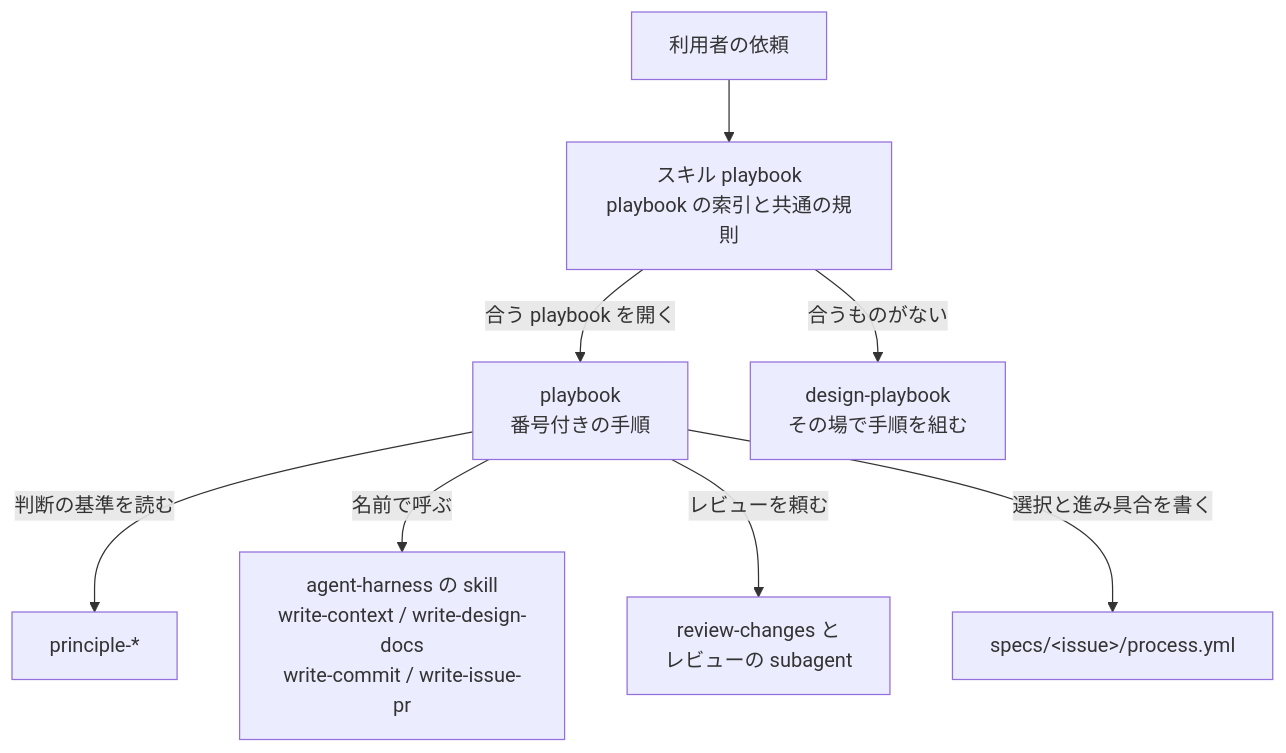
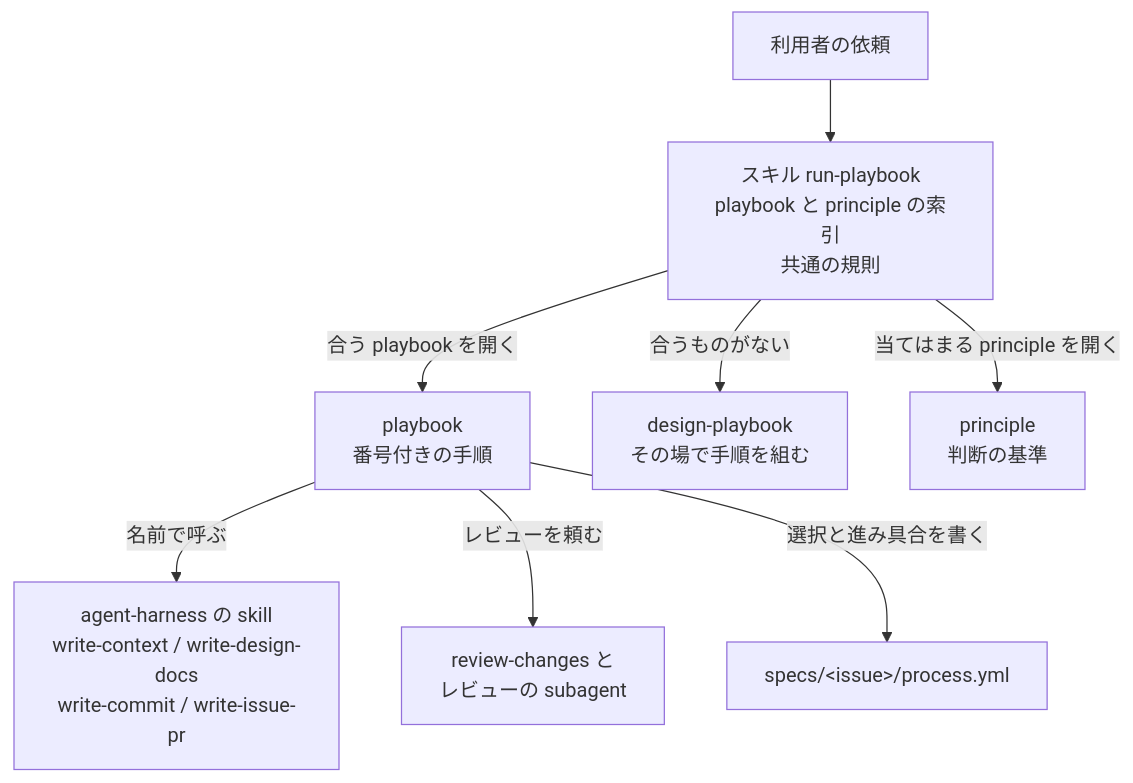
The diagram in design/DesignDoc.md (Fukuemon/agent-playbooks), drawn with Mermaid before and after one commit. The commit also changed other lines of this file and 3 other files, not shown here.

Commit message:
docs: run-playbook の構成に合わせて文書を直し、ADR-0002 を足す

````diff
--- a/design/DesignDoc.md
+++ b/design/DesignDoc.md
@@ -50,10 +50,10 @@
 ```mermaid
 flowchart TB
-    user["利用者の依頼"] --> entry["スキル playbook<br>playbook の索引と共通の規則"]
+    user["利用者の依頼"] --> entry["スキル run-playbook<br>playbook と principle の索引<br>共通の規則"]
     entry -- "合う playbook を開く" --> pb["playbook<br>番号付きの手順"]
     entry -- "合うものがない" --> design["design-playbook<br>その場で手順を組む"]
-    pb -- "判断の基準を読む" --> pr["principle-*"]
+    entry -- "当てはまる principle を開く" --> pr["principle<br>判断の基準"]
     pb -- "名前で呼ぶ" --> ah["agent-harness の skill<br>write-context / write-design-docs<br>write-commit / write-issue-pr"]
     pb -- "レビューを頼む" --> rv["review-changes と<br>レビューの subagent"]
     pb -- "選択と進み具合を書く" --> proc["specs/&lt;issue&gt;/process.yml"]
 ```
````
